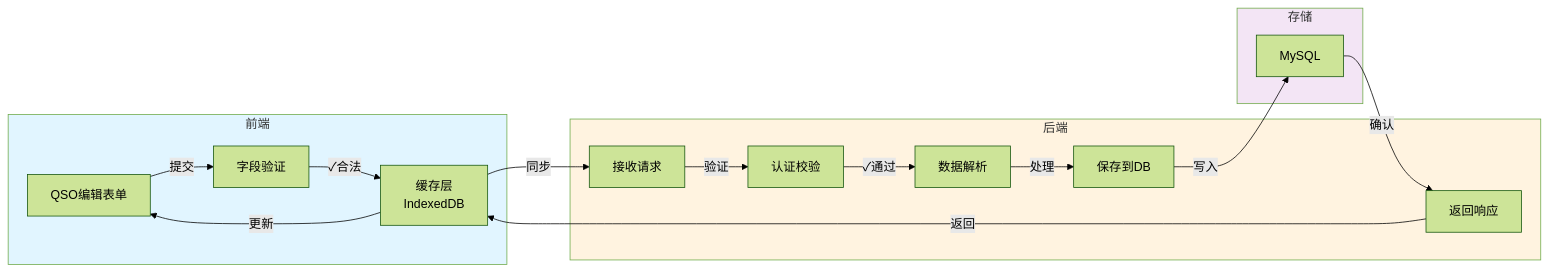
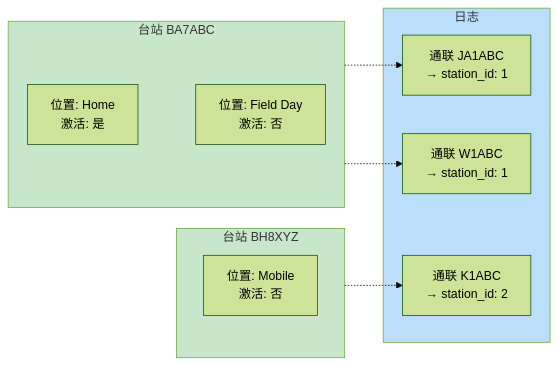
Before and after one commit to NanamiKite/radioManger: the eighth of 13 diagrams in doc/07_系统架构图.md, drawn with Mermaid (forest theme). The commit also changed other lines of this file and 83 other files, not shown here.

````diff
--- a/doc/07_系统架构图.md
+++ b/doc/07_系统架构图.md
@@ -333,35 +195,28 @@
 ```mermaid
 graph LR
-    subgraph Client["前端"]
-        Form["QSO编辑表单"]
-        Validate["字段验证"]
-        Cache["缓存层<br/>IndexedDB"]
+    subgraph Station["台站 BA7ABC"]
+        Loc1["位置: Home<br/>激活: 是"]
+        Loc2["位置: Field Day<br/>激活: 否"]
     end
-    
-    subgraph Server["后端"]
-        Recv["接收请求"]
-        Auth["认证校验"]
-        Parse["数据解析"]
-        Save["保存到DB"]
-        Response["返回响应"]
+
+    subgraph Station2["台站 BH8XYZ"]
+        Loc3["位置: Mobile<br/>激活: 否"]
     end
-    
-    subgraph Storage["存储"]
-        DB["MySQL"]
+
+    subgraph Logs["日志"]
+        L1["通联 JA1ABC<br/>→ station_id: 1"]
+        L2["通联 W1ABC<br/>→ station_id: 1"]
+        L3["通联 K1ABC<br/>→ station_id: 2"]
     end
-    
-    Form -->|提交| Validate
-    Validate -->|✓合法| Cache
-    Cache -->|同步| Recv
-    Recv -->|验证| Auth
-    Auth -->|✓通过| Parse
-    Parse -->|处理| Save
-    Save -->|写入| DB
-    DB -->|确认| Response
-    Response -->|返回| Cache
-    Cache -->|更新| Form
-    
-    style Client fill:#e1f5ff
-    style Server fill:#fff3e0
-    style Storage fill:#f3e5f5
+
+    Loc1 -.- Station
+    Loc2 -.- Station
+    Loc3 -.- Station2
+    Station -.-> L1
+    Station -.-> L2
+    Station2 -.-> L3
+
+    style Station fill:#c8e6c9
+    style Station2 fill:#c8e6c9
+    style Logs fill:#bbdefb
 ```
````
